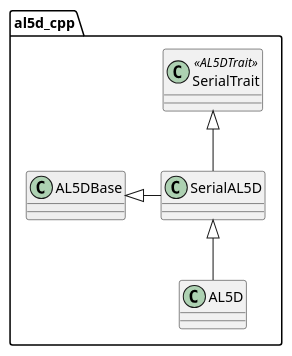
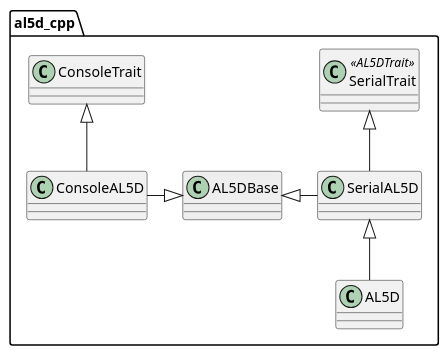
One commit to bscp/al5d_cpp changed the diagram in doc/class_design_base_default.puml. Above: the diagram before and after it, drawn with PlantUML. The commit also changed 9 other files, not shown here.

Commit message:
Update UML diagrams

```diff
--- a/doc/class_design_base_default.puml
+++ b/doc/class_design_base_default.puml
@@ -1,13 +1,15 @@
 @startuml
 
 namespace al5d_cpp {
     class AL5DBase #eee
     
     class SerialTrait<<AL5DTrait>>
 
     SerialTrait <|-- SerialAL5D
     AL5DBase <|- SerialAL5D
     SerialAL5D <|-- AL5D
+    ConsoleAL5D -|> AL5DBase
+    ConsoleTrait <|-- ConsoleAL5D
 }
 
 @enduml
```
